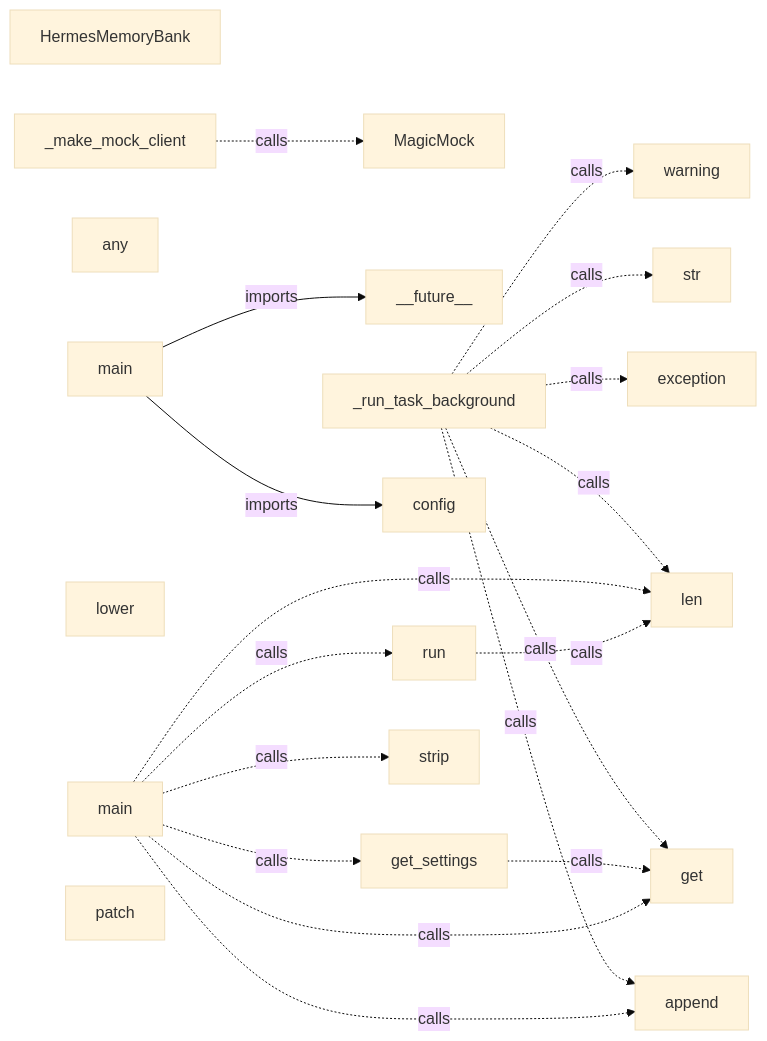
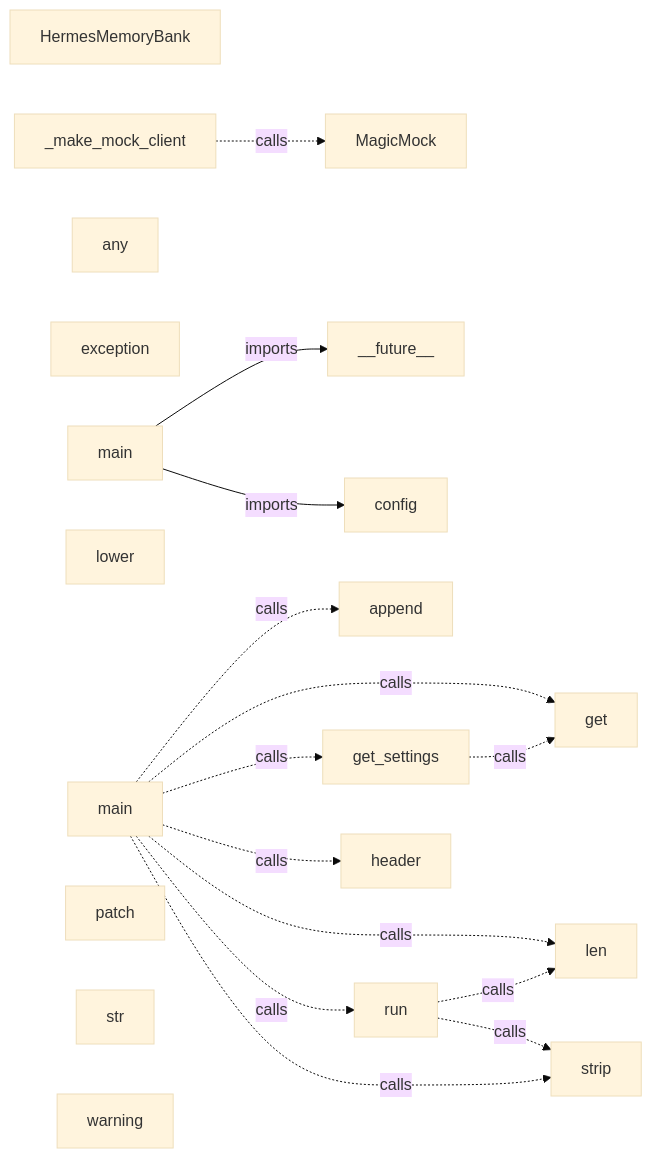
One commit to unrealandychan/gcp-hermes-agnet changed the diagram in .rekipedia/diagrams/module-graph.md. Above: the diagram before and after it, drawn with Mermaid (base theme). The commit also changed 16 other files, not shown here.

````diff
--- a/.rekipedia/diagrams/module-graph.md
+++ b/.rekipedia/diagrams/module-graph.md
@@ -1,42 +1,38 @@
 ```mermaid
 flowchart LR
   HermesMemoryBank["HermesMemoryBank"]
   MagicMock["MagicMock"]
   __future__["__future__"]
   _make_mock_client["_make_mock_client"]
-  _run_task_background["_run_task_background"]
   any["any"]
   append["append"]
   config["config"]
   exception["exception"]
   gateway_main["main"]
   get["get"]
   get_settings["get_settings"]
+  header["header"]
   len["len"]
   lower["lower"]
   main["main"]
   patch["patch"]
   run["run"]
   str["str"]
   strip["strip"]
   warning["warning"]
 
   gateway_main -->|imports| __future__
   gateway_main -->|imports| config
   _make_mock_client -.->|calls| MagicMock
-  _run_task_background -.->|calls| append
-  _run_task_background -.->|calls| exception
-  _run_task_background -.->|calls| get
-  _run_task_background -.->|calls| len
-  _run_task_background -.->|calls| str
-  _run_task_background -.->|calls| warning
   get_settings -.->|calls| get
   main -.->|calls| append
   main -.->|calls| get
   main -.->|calls| get_settings
+  main -.->|calls| header
   main -.->|calls| len
   main -.->|calls| run
   main -.->|calls| strip
   run -.->|calls| len
+  run -.->|calls| strip
 
 ```
````
